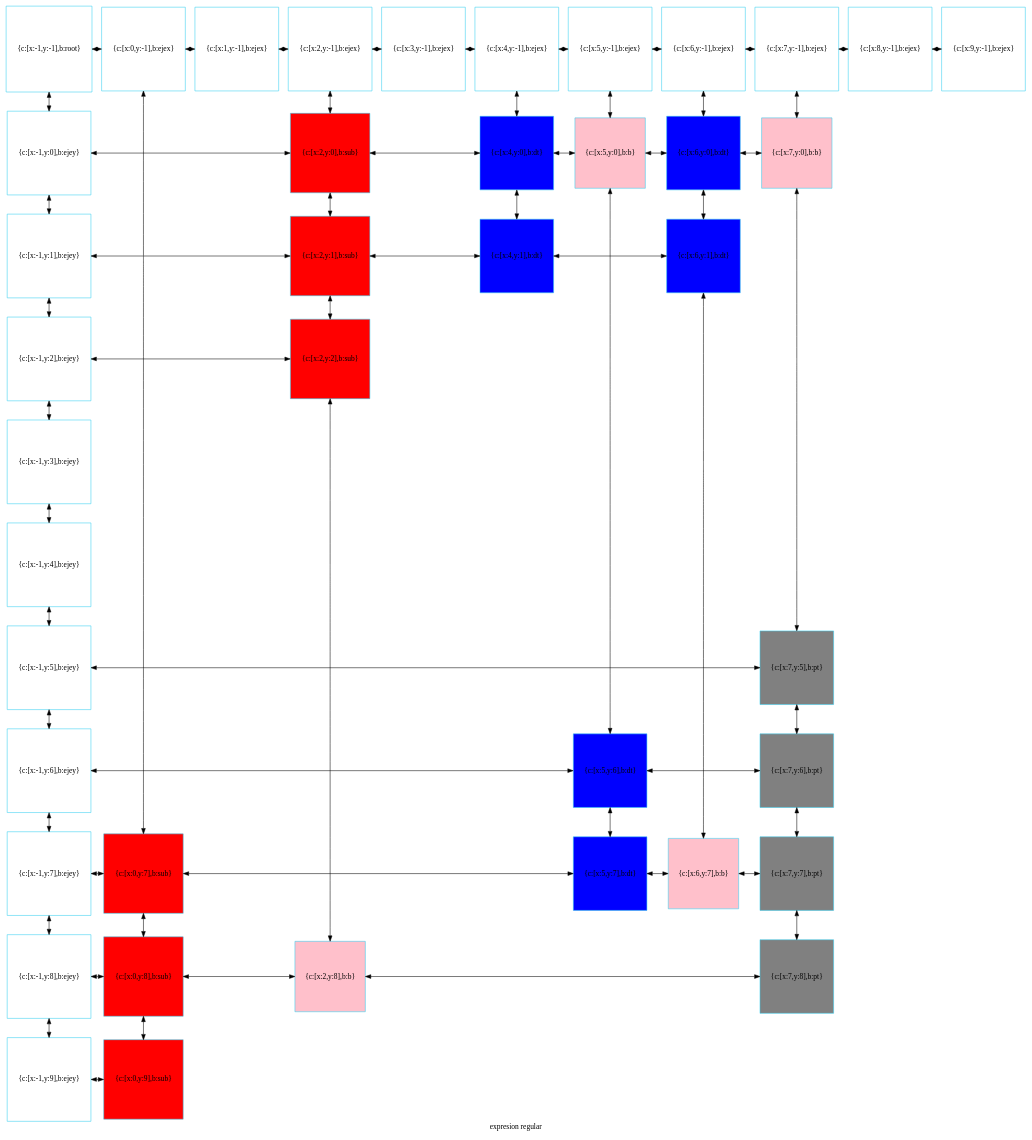
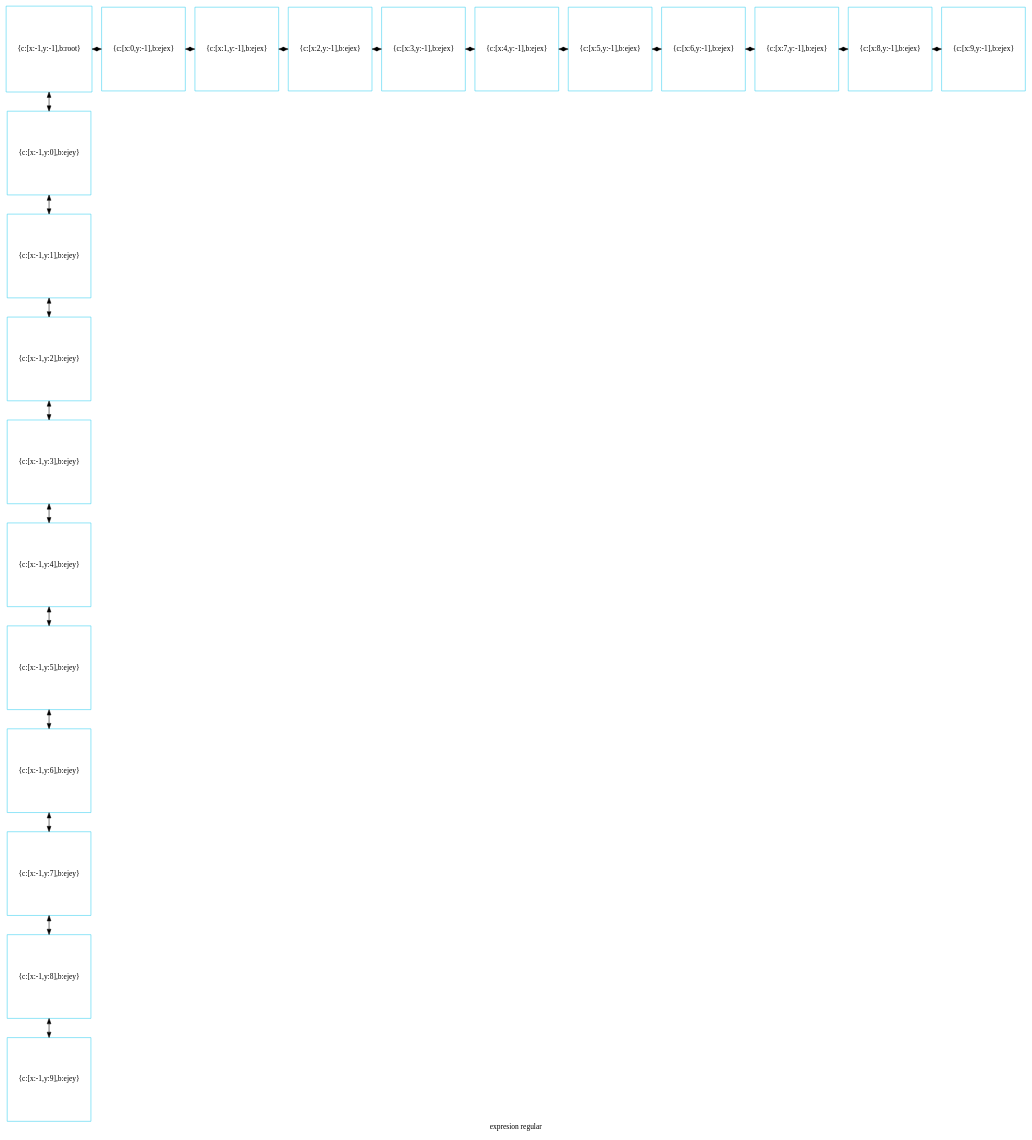
Before and after one commit to betebetoven/EDDS2F2: the diagram in compu.dot, drawn with Graphviz. The commit also changed 18 other files, not shown here.

```diff
--- a/compu.dot
+++ b/compu.dot
@@ -1,121 +1,61 @@
 digraph G
 {label="expresion regular"
         node[shape = square]
         node[style = filled]
         node[fillcolor = "#EEEEE"]
         node[color = "#EEEEE"]
         node[color = "#31CEF0"]
 
-2390411931712[label="{c:[x:-1,y:-1],b:root}",fillcolor = "white"]
-2390411933680[label="{c:[x:0,y:-1],b:ejex}",fillcolor = "white"]
-2390411933008[label="{c:[x:1,y:-1],b:ejex}",fillcolor = "white"]
-2390411931664[label="{c:[x:2,y:-1],b:ejex}",fillcolor = "white"]
-2390411933728[label="{c:[x:3,y:-1],b:ejex}",fillcolor = "white"]
-2390321775328[label="{c:[x:4,y:-1],b:ejex}",fillcolor = "white"]
-2390411969728[label="{c:[x:5,y:-1],b:ejex}",fillcolor = "white"]
-2390411975296[label="{c:[x:6,y:-1],b:ejex}",fillcolor = "white"]
-2390411975344[label="{c:[x:7,y:-1],b:ejex}",fillcolor = "white"]
-2390411975680[label="{c:[x:8,y:-1],b:ejex}",fillcolor = "white"]
-2390411975824[label="{c:[x:9,y:-1],b:ejex}",fillcolor = "white"]
-2390411975968[label="{c:[x:-1,y:0],b:ejey}",fillcolor = "white"]
-2390411971936[label="{c:[x:2,y:0],b:sub}",fillcolor = "red"]
-2390411978272[label="{c:[x:4,y:0],b:dt}",fillcolor = "blue"]
-2390411979616[label="{c:[x:5,y:0],b:b}",fillcolor = "pink"]
-2390411977600[label="{c:[x:6,y:0],b:dt}",fillcolor = "blue"]
-2390411978944[label="{c:[x:7,y:0],b:b}",fillcolor = "pink"]
-2390411976112[label="{c:[x:-1,y:1],b:ejey}",fillcolor = "white"]
-2390411973232[label="{c:[x:2,y:1],b:sub}",fillcolor = "red"]
-2390411978608[label="{c:[x:4,y:1],b:dt}",fillcolor = "blue"]
-2390411977936[label="{c:[x:6,y:1],b:dt}",fillcolor = "blue"]
-2390411976256[label="{c:[x:-1,y:2],b:ejey}",fillcolor = "white"]
-2390411974288[label="{c:[x:2,y:2],b:sub}",fillcolor = "red"]
-2390411976400[label="{c:[x:-1,y:3],b:ejey}",fillcolor = "white"]
-2390411976544[label="{c:[x:-1,y:4],b:ejey}",fillcolor = "white"]
-2390411976688[label="{c:[x:-1,y:5],b:ejey}",fillcolor = "white"]
-2390342759712[label="{c:[x:7,y:5],b:pt}",fillcolor = "gray"]
-2390411976832[label="{c:[x:-1,y:6],b:ejey}",fillcolor = "white"]
-2390411972800[label="{c:[x:5,y:6],b:dt}",fillcolor = "blue"]
-2390342757888[label="{c:[x:7,y:6],b:pt}",fillcolor = "gray"]
-2390411976976[label="{c:[x:-1,y:7],b:ejey}",fillcolor = "white"]
-2390411921344[label="{c:[x:0,y:7],b:sub}",fillcolor = "red"]
-2390411973904[label="{c:[x:5,y:7],b:dt}",fillcolor = "blue"]
-2390411980000[label="{c:[x:6,y:7],b:b}",fillcolor = "pink"]
-2390343000336[label="{c:[x:7,y:7],b:pt}",fillcolor = "gray"]
-2390411977120[label="{c:[x:-1,y:8],b:ejey}",fillcolor = "white"]
-2390411920672[label="{c:[x:0,y:8],b:sub}",fillcolor = "red"]
-2390411979280[label="{c:[x:2,y:8],b:b}",fillcolor = "pink"]
-2390411919712[label="{c:[x:7,y:8],b:pt}",fillcolor = "gray"]
-2390411977264[label="{c:[x:-1,y:9],b:ejey}",fillcolor = "white"]
-2390411921632[label="{c:[x:0,y:9],b:sub}",fillcolor = "red"]
-2390411931712->2390411975968[dir = both];
-2390411975968->2390411976112[dir = both];
-2390411976112->2390411976256[dir = both];
-2390411976256->2390411976400[dir = both];
-2390411976400->2390411976544[dir = both];
-2390411976544->2390411976688[dir = both];
-2390411976688->2390411976832[dir = both];
-2390411976832->2390411976976[dir = both];
-2390411976976->2390411977120[dir = both];
-2390411977120->2390411977264[dir = both];
-2390411933680->2390411921344[dir = both];
-2390411921344->2390411920672[dir = both];
-2390411920672->2390411921632[dir = both];
-2390411931664->2390411971936[dir = both];
-2390411971936->2390411973232[dir = both];
-2390411973232->2390411974288[dir = both];
-2390411974288->2390411979280[dir = both];
-2390321775328->2390411978272[dir = both];
-2390411978272->2390411978608[dir = both];
-2390411969728->2390411979616[dir = both];
-2390411979616->2390411972800[dir = both];
-2390411972800->2390411973904[dir = both];
-2390411975296->2390411977600[dir = both];
-2390411977600->2390411977936[dir = both];
-2390411977936->2390411980000[dir = both];
-2390411975344->2390411978944[dir = both];
-2390411978944->2390342759712[dir = both];
-2390342759712->2390342757888[dir = both];
-2390342757888->2390343000336[dir = both];
-2390343000336->2390411919712[dir = both];
-2390411931712->2390411933680[dir = both];
-2390411933680->2390411933008[dir = both];
-2390411933008->2390411931664[dir = both];
-2390411931664->2390411933728[dir = both];
-2390411933728->2390321775328[dir = both];
-2390321775328->2390411969728[dir = both];
-2390411969728->2390411975296[dir = both];
-2390411975296->2390411975344[dir = both];
-2390411975344->2390411975680[dir = both];
-2390411975680->2390411975824[dir = both];
-2390411975968->2390411971936[constraint=false,dir = both];
-2390411971936->2390411978272[constraint=false,dir = both];
-2390411978272->2390411979616[constraint=false,dir = both];
-2390411979616->2390411977600[constraint=false,dir = both];
-2390411977600->2390411978944[constraint=false,dir = both];
-2390411976112->2390411973232[constraint=false,dir = both];
-2390411973232->2390411978608[constraint=false,dir = both];
-2390411978608->2390411977936[constraint=false,dir = both];
-2390411976256->2390411974288[constraint=false,dir = both];
-2390411976688->2390342759712[constraint=false,dir = both];
-2390411976832->2390411972800[constraint=false,dir = both];
-2390411972800->2390342757888[constraint=false,dir = both];
-2390411976976->2390411921344[constraint=false,dir = both];
-2390411921344->2390411973904[constraint=false,dir = both];
-2390411973904->2390411980000[constraint=false,dir = both];
-2390411980000->2390343000336[constraint=false,dir = both];
-2390411977120->2390411920672[constraint=false,dir = both];
-2390411920672->2390411979280[constraint=false,dir = both];
-2390411979280->2390411919712[constraint=false,dir = both];
-2390411977264->2390411921632[constraint=false,dir = both];
- {rank=same; 2390411931712;2390411933680;2390411933008;2390411931664;2390411933728;2390321775328;2390411969728;2390411975296;2390411975344;2390411975680;2390411975824;}
- {rank=same; 2390411975968;2390411971936;2390411978272;2390411979616;2390411977600;2390411978944;}
- {rank=same; 2390411976112;2390411973232;2390411978608;2390411977936;}
- {rank=same; 2390411976256;2390411974288;}
- {rank=same; 2390411976400;}
- {rank=same; 2390411976544;}
- {rank=same; 2390411976688;2390342759712;}
- {rank=same; 2390411976832;2390411972800;2390342757888;}
- {rank=same; 2390411976976;2390411921344;2390411973904;2390411980000;2390343000336;}
- {rank=same; 2390411977120;2390411920672;2390411979280;2390411919712;}
- {rank=same; 2390411977264;2390411921632;}
+2289062328496[label="{c:[x:-1,y:-1],b:root}",fillcolor = "white"]
+2289062935424[label="{c:[x:0,y:-1],b:ejex}",fillcolor = "white"]
+2289062637584[label="{c:[x:1,y:-1],b:ejex}",fillcolor = "white"]
+2289062637728[label="{c:[x:2,y:-1],b:ejex}",fillcolor = "white"]
+2289062637872[label="{c:[x:3,y:-1],b:ejex}",fillcolor = "white"]
+2289062638400[label="{c:[x:4,y:-1],b:ejex}",fillcolor = "white"]
+2289062638304[label="{c:[x:5,y:-1],b:ejex}",fillcolor = "white"]
+2289062637968[label="{c:[x:6,y:-1],b:ejex}",fillcolor = "white"]
+2289062639312[label="{c:[x:7,y:-1],b:ejex}",fillcolor = "white"]
+2289063187488[label="{c:[x:8,y:-1],b:ejex}",fillcolor = "white"]
+2289063182880[label="{c:[x:9,y:-1],b:ejex}",fillcolor = "white"]
+2289063187728[label="{c:[x:-1,y:0],b:ejey}",fillcolor = "white"]
+2289063187920[label="{c:[x:-1,y:1],b:ejey}",fillcolor = "white"]
+2289063188064[label="{c:[x:-1,y:2],b:ejey}",fillcolor = "white"]
+2289063188208[label="{c:[x:-1,y:3],b:ejey}",fillcolor = "white"]
+2289063188352[label="{c:[x:-1,y:4],b:ejey}",fillcolor = "white"]
+2289063188496[label="{c:[x:-1,y:5],b:ejey}",fillcolor = "white"]
+2289063188640[label="{c:[x:-1,y:6],b:ejey}",fillcolor = "white"]
+2289063188784[label="{c:[x:-1,y:7],b:ejey}",fillcolor = "white"]
+2289063188928[label="{c:[x:-1,y:8],b:ejey}",fillcolor = "white"]
+2289063189072[label="{c:[x:-1,y:9],b:ejey}",fillcolor = "white"]
+2289062328496->2289063187728[dir = both];
+2289063187728->2289063187920[dir = both];
+2289063187920->2289063188064[dir = both];
+2289063188064->2289063188208[dir = both];
+2289063188208->2289063188352[dir = both];
+2289063188352->2289063188496[dir = both];
+2289063188496->2289063188640[dir = both];
+2289063188640->2289063188784[dir = both];
+2289063188784->2289063188928[dir = both];
+2289063188928->2289063189072[dir = both];
+2289062328496->2289062935424[dir = both];
+2289062935424->2289062637584[dir = both];
+2289062637584->2289062637728[dir = both];
+2289062637728->2289062637872[dir = both];
+2289062637872->2289062638400[dir = both];
+2289062638400->2289062638304[dir = both];
+2289062638304->2289062637968[dir = both];
+2289062637968->2289062639312[dir = both];
+2289062639312->2289063187488[dir = both];
+2289063187488->2289063182880[dir = both];
+ {rank=same; 2289062328496;2289062935424;2289062637584;2289062637728;2289062637872;2289062638400;2289062638304;2289062637968;2289062639312;2289063187488;2289063182880;}
+ {rank=same; 2289063187728;}
+ {rank=same; 2289063187920;}
+ {rank=same; 2289063188064;}
+ {rank=same; 2289063188208;}
+ {rank=same; 2289063188352;}
+ {rank=same; 2289063188496;}
+ {rank=same; 2289063188640;}
+ {rank=same; 2289063188784;}
+ {rank=same; 2289063188928;}
+ {rank=same; 2289063189072;}
 }
```
